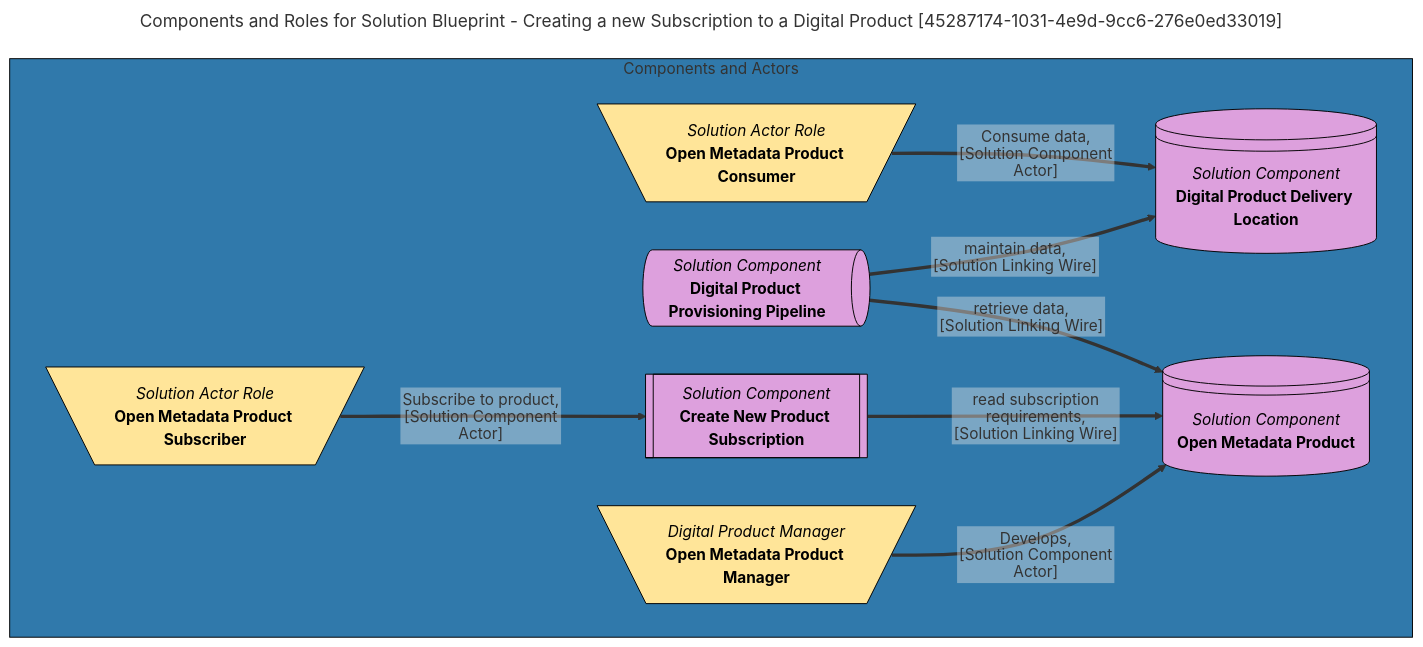
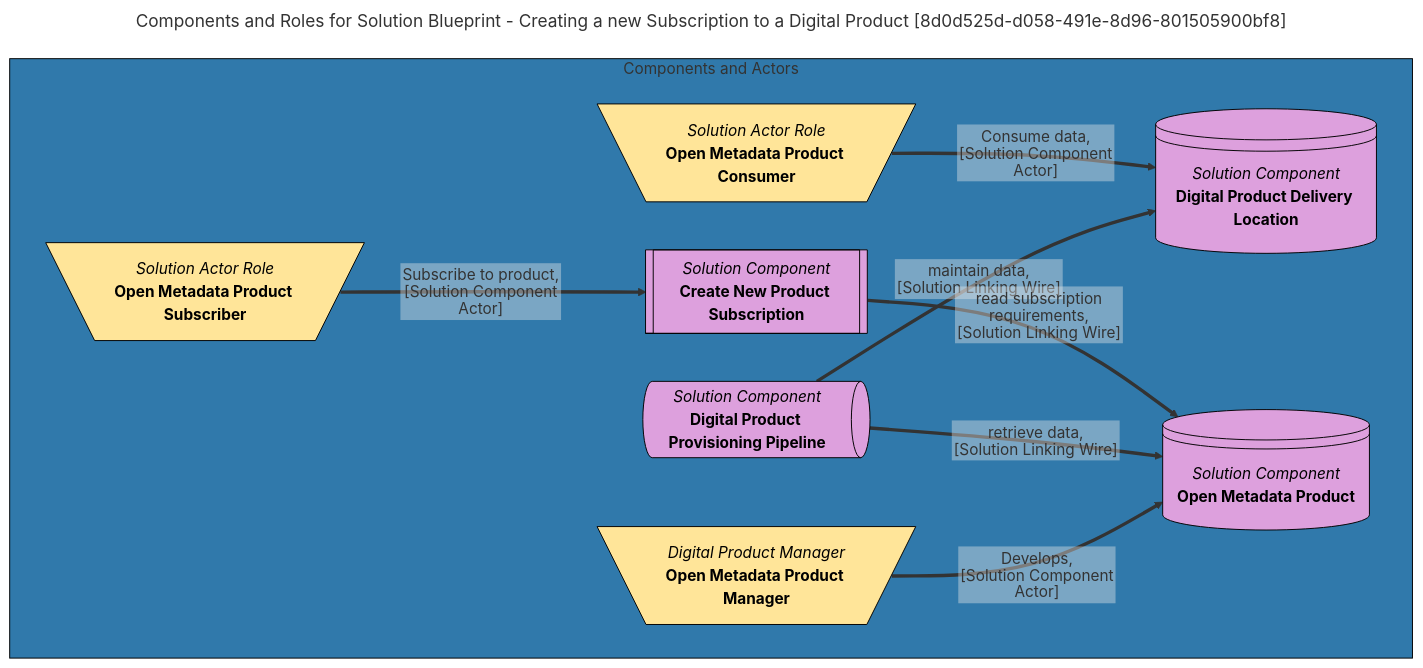
One commit to odpi/egeria-docs changed the diagram in site/snippets/blueprints/digital-products/creating-a-new-subscription-to-a-digital-product-solution-blueprint-mermaid-graph.md. Above: the diagram before and after it, drawn with Mermaid. The commit also changed 2201 other files, not shown here.

````diff
--- a/site/snippets/blueprints/digital-products/creating-a-new-subscription-to-a-digital-product-solution-blueprint-mermaid-graph.md
+++ b/site/snippets/blueprints/digital-products/creating-a-new-subscription-to-a-digital-product-solution-blueprint-mermaid-graph.md
@@ -1,44 +1,44 @@
 ```mermaid
 ---
-title: Components and Roles for Solution Blueprint - Creating a new Subscription to a Digital Product [45287174-1031-4e9d-9cc6-276e0ed33019]
+title: Components and Roles for Solution Blueprint - Creating a new Subscription to a Digital Product [8d0d525d-d058-491e-8d96-801505900bf8]
 ---
 flowchart TD
 %%{init: {"flowchart": {"htmlLabels": false}} }%%
 
 subgraph 1 [Components and Actors]
 2@{ shape: lin-cyl, label: "*Solution Component*
 **Digital Product Delivery Location**"}
-3@{ shape: das, label: "*Solution Component*
+3@{ shape: subproc, label: "*Solution Component*
+**Create New Product Subscription**"}
+4@{ shape: das, label: "*Solution Component*
 **Digital Product Provisioning Pipeline**"}
-4@{ shape: subproc, label: "*Solution Component*
-**Create New Product Subscription**"}
 5@{ shape: lin-cyl, label: "*Solution Component*
 **Open Metadata Product**"}
 6@{ shape: trap-t, label: "*Solution Actor Role*
 **Open Metadata Product Consumer**"}
 6==>|"Consume data,
 [Solution Component Actor]"|2
-3==>|"maintain data,
+4==>|"maintain data,
 [Solution Linking Wire]"|2
-3==>|"retrieve data,
-[Solution Linking Wire]"|5
 7@{ shape: trap-t, label: "*Solution Actor Role*
 **Open Metadata Product Subscriber**"}
 7==>|"Subscribe to product,
-[Solution Component Actor]"|4
-4==>|"read subscription requirements,
+[Solution Component Actor]"|3
+3==>|"read subscription requirements,
+[Solution Linking Wire]"|5
+4==>|"retrieve data,
 [Solution Linking Wire]"|5
 8@{ shape: trap-t, label: "*Digital Product Manager*
 **Open Metadata Product Manager**"}
 8==>|"Develops,
 [Solution Component Actor]"|5
 end
 style 1 color:#FFFFFF, fill:#3079ab, stroke:#000000
-style 2 color:#000000, fill:#dda0dd, stroke:#000000
-style 3 color:#000000, fill:#dda0dd, stroke:#000000
-style 4 color:#000000, fill:#dda0dd, stroke:#000000
-style 5 color:#000000, fill:#dda0dd, stroke:#000000
+style 2 color:#000000, fill:#DDA0DD, stroke:#000000
+style 3 color:#000000, fill:#DDA0DD, stroke:#000000
+style 4 color:#000000, fill:#DDA0DD, stroke:#000000
+style 5 color:#000000, fill:#DDA0DD, stroke:#000000
 style 6 color:#000000, fill:#FFE599, stroke:#000000
 style 7 color:#000000, fill:#FFE599, stroke:#000000
 style 8 color:#000000, fill:#FFE599, stroke:#000000
 ```
````
